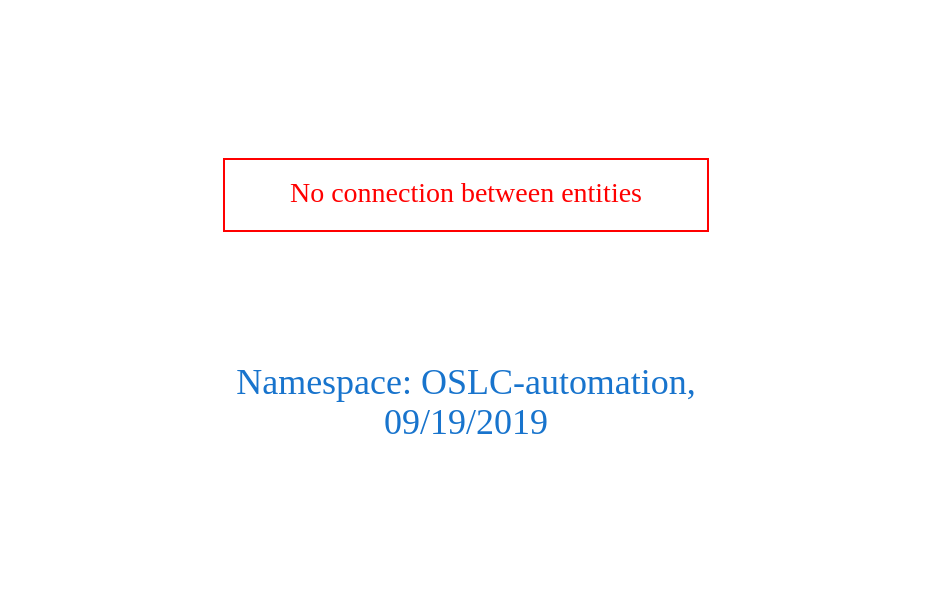
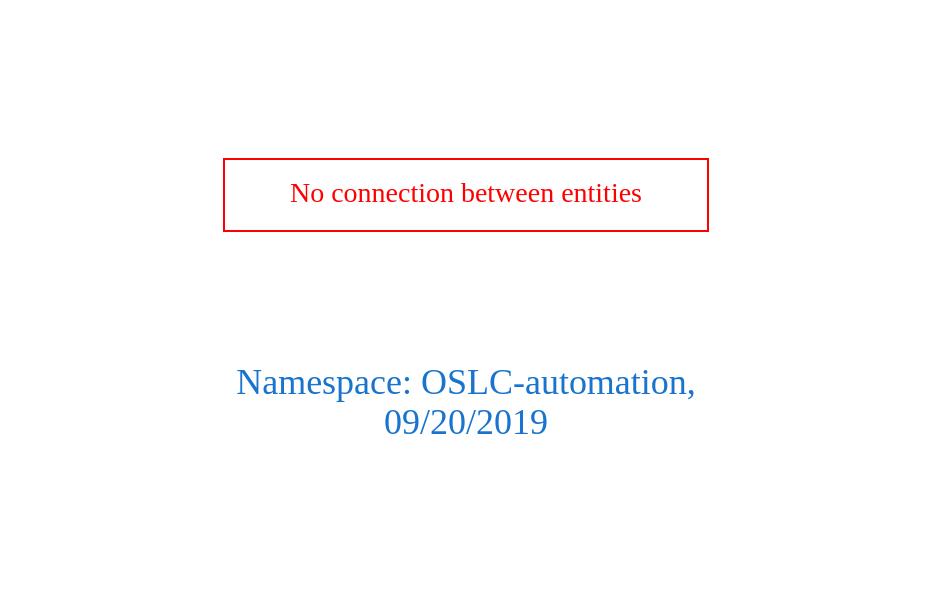
The diagram in downloads/OSLC-automation.dot (arago/OGIT), drawn with Graphviz before and after one commit. The commit also changed 1500 other files, not shown here.

```diff
--- a/downloads/OSLC-automation.dot
+++ b/downloads/OSLC-automation.dot
@@ -1,9 +1,9 @@
 digraph OGIT_ontology {
  graph [ rankdir= LR,pad=1 
 fontsize = 18,
-fontcolor= dodgerblue3,label = "\n\n\nNamespace: OSLC-automation, \n 09/19/2019"];
+fontcolor= dodgerblue3,label = "\n\n\nNamespace: OSLC-automation, \n 09/20/2019"];
 node[shape=polygon];
 edge [  color="gray81"];
 
 "No connection between entities" [fontcolor = "red",color="red", shape="polygon"]
 }
```
